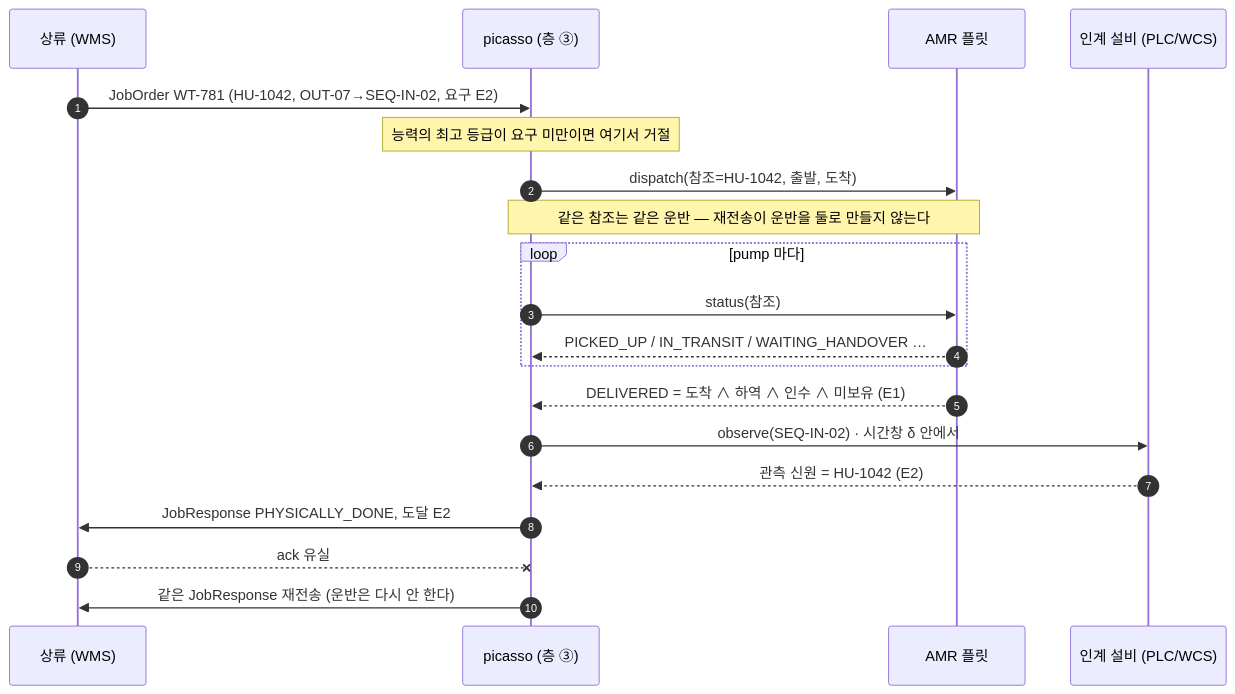
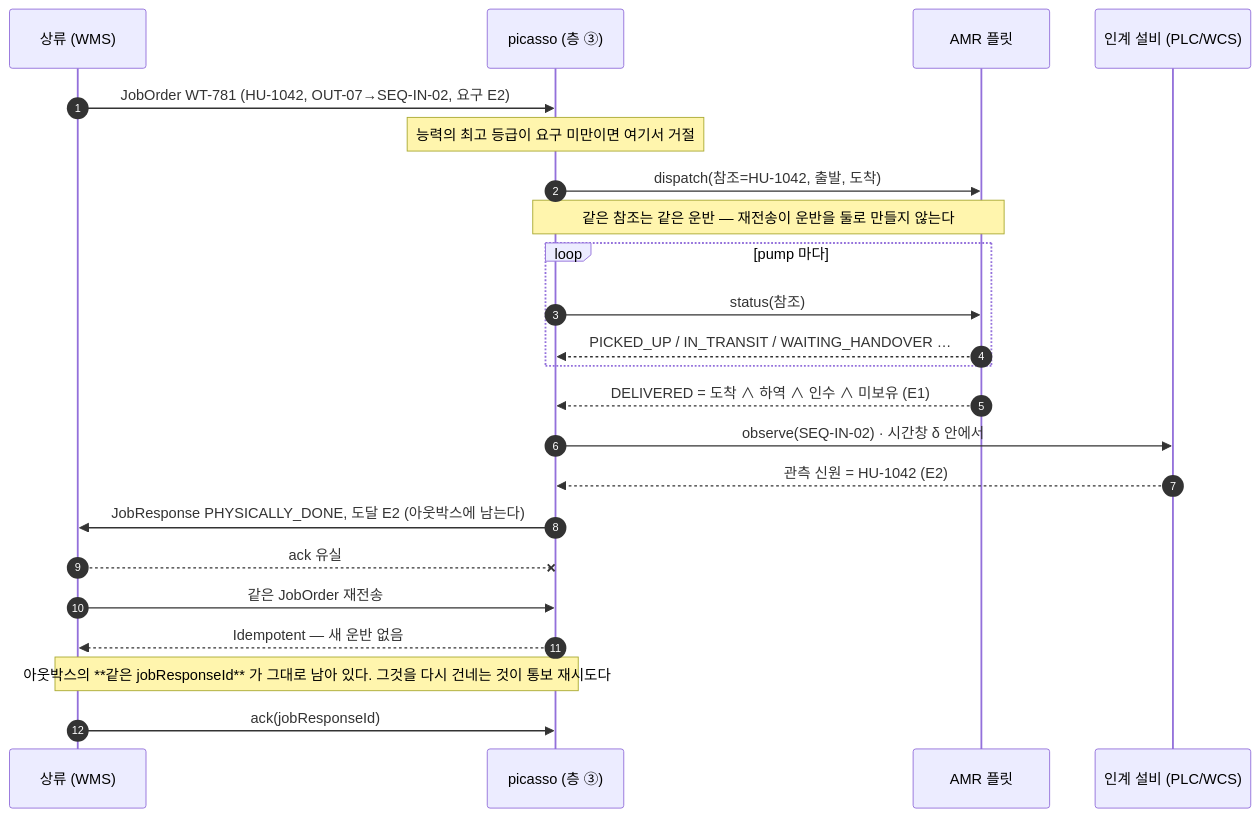
One commit to LivingLikeKrillin/picasso changed the first of 4 diagrams in docs/scenarios.md. Above: the diagram before and after it, drawn with Mermaid. The commit also changed other lines of this file and 2 other files, not shown here.

````diff
--- a/docs/scenarios.md
+++ b/docs/scenarios.md
@@ -91,23 +91,26 @@
 ```mermaid
 sequenceDiagram
     autonumber
     participant WMS as 상류 (WMS)
     participant MW as picasso (층 ③)
     participant FL as AMR 플릿
     participant CELL as 인계 설비 (PLC/WCS)
 
     WMS->>MW: JobOrder WT-781 (HU-1042, OUT-07→SEQ-IN-02, 요구 E2)
     Note over MW: 능력의 최고 등급이 요구 미만이면 여기서 거절
     MW->>FL: dispatch(참조=HU-1042, 출발, 도착)
     Note over MW,FL: 같은 참조는 같은 운반 — 재전송이 운반을 둘로 만들지 않는다
     loop pump 마다
         MW->>FL: status(참조)
         FL-->>MW: PICKED_UP / IN_TRANSIT / WAITING_HANDOVER …
     end
     FL-->>MW: DELIVERED = 도착 ∧ 하역 ∧ 인수 ∧ 미보유  (E1)
     MW->>CELL: observe(SEQ-IN-02)  · 시간창 δ 안에서
     CELL-->>MW: 관측 신원 = HU-1042  (E2)
-    MW->>WMS: JobResponse PHYSICALLY_DONE, 도달 E2
+    MW->>WMS: JobResponse PHYSICALLY_DONE, 도달 E2 (아웃박스에 남는다)
     WMS--xMW: ack 유실
-    MW->>WMS: 같은 JobResponse 재전송 (운반은 다시 안 한다)
+    WMS->>MW: 같은 JobOrder 재전송
+    MW-->>WMS: Idempotent — 새 운반 없음
+    Note over MW,WMS: 아웃박스의 **같은 jobResponseId** 가 그대로 남아 있다. 그것을 다시 건네는 것이 통보 재시도다
+    WMS->>MW: ack(jobResponseId)
 ```
````
